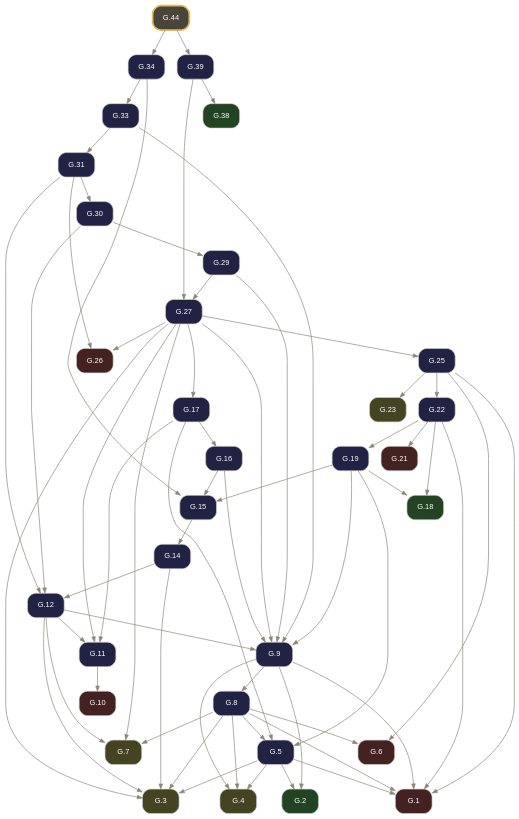
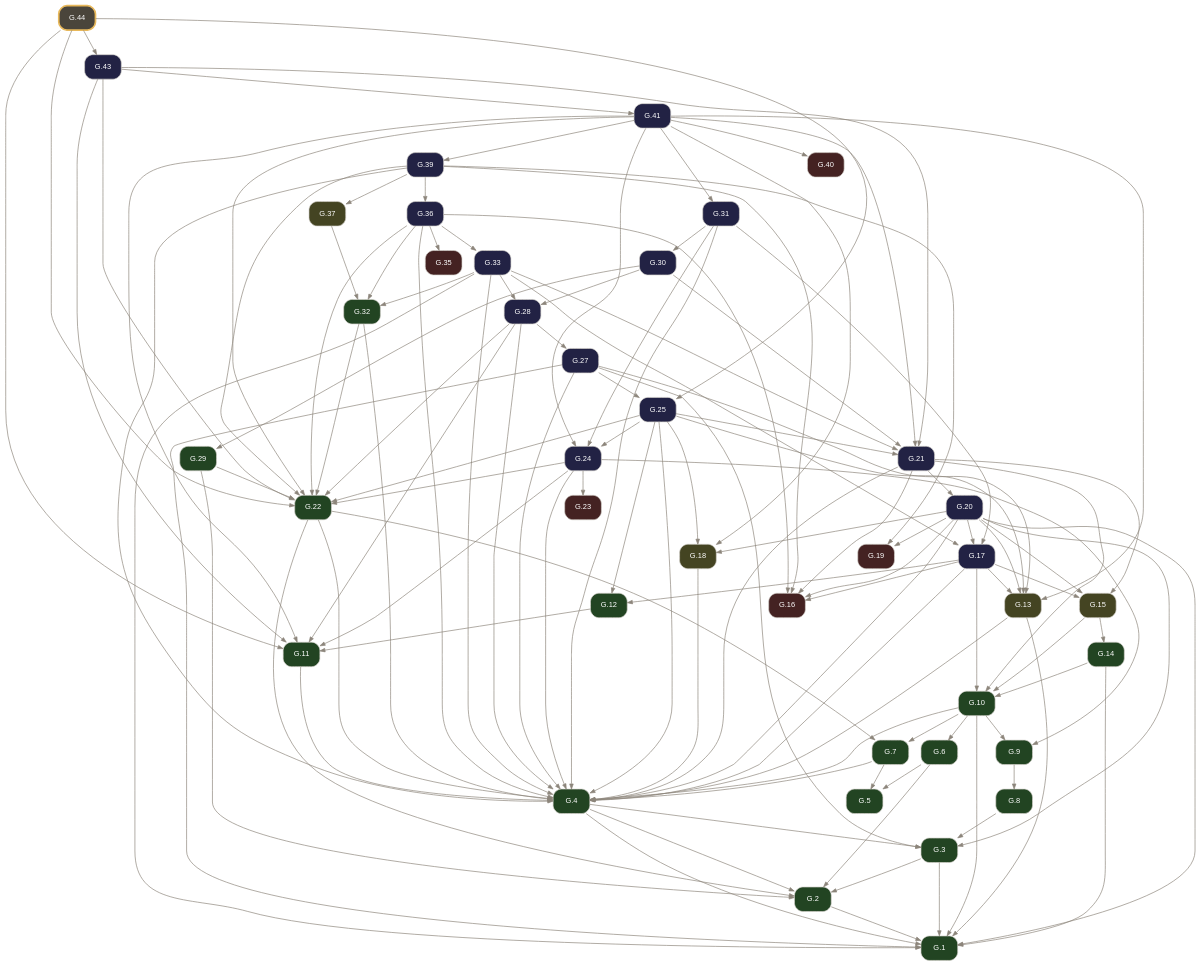
One commit to geometor/elements changed the diagram in docsrc/elements2/G.44/index.rst. Above: the diagram before and after it, drawn with Graphviz. The commit also changed other lines of this file and 2974 other files, not shown here.

Commit message:
feat(elements2): wire defined terms, short verb titles, coincidence operator, and 2-point circle notation (v0.4.0)

```diff
--- a/docsrc/elements2/G.44/index.rst
+++ b/docsrc/elements2/G.44/index.rst
@@ -71,97 +88,161 @@
      node [shape=box, style="rounded,filled", fontname="Helvetica", fontsize=11, color="#d6d3cd", fontcolor="#ffffff"];
      edge [color="#8c857b", fontcolor="#8c857b", arrowsize=0.75];
      rankdir="TB";
-     "G.1" [label="G.1", tooltip="G.1 (I.cn.1): Things equal to the same thing are equal to one another.", fillcolor="#442222", URL="../G.1/index.html", target="_top"];
-     "G.2" [label="G.2", tooltip="G.2 (I.def.15): A circle is a plane figure contained by one line such that all segments falling upon it from its center are equal.", fillcolor="#224422", URL="../G.2/index.html", target="_top"];
-     "G.3" [label="G.3", tooltip="G.3 (I.post.1): Construct a segment between any two points.", fillcolor="#444422", URL="../G.3/index.html", target="_top"];
-     "G.4" [label="G.4", tooltip="G.4 (I.post.3): Construct a circle with any center and radius.", fillcolor="#444422", URL="../G.4/index.html", target="_top"];
-     "G.5" [label="G.5", tooltip="G.5 (I.1): Construct an equilateral triangle on a given finite segment.", fillcolor="#222244", URL="../G.5/index.html", target="_top"];
-     "G.6" [label="G.6", tooltip="G.6 (I.cn.3): If equals are subtracted from equals, the remainders are equal.", fillcolor="#442222", URL="../G.6/index.html", target="_top"];
-     "G.7" [label="G.7", tooltip="G.7 (I.post.2): Extend a finite segment continuously in a straight line.", fillcolor="#444422", URL="../G.7/index.html", target="_top"];
-     "G.8" [label="G.8", tooltip="G.8 (I.2): Construct at a given point a segment equal to a given segment.", fillcolor="#222244", URL="../G.8/index.html", target="_top"];
-     "G.9" [label="G.9", tooltip="G.9 (I.3): Cut off from the greater of two unequal segments a segment equal to the less.", fillcolor="#222244", URL="../G.9/index.html", target="_top"];
-     "G.10" [label="G.10", tooltip="G.10 (I.cn.4): Things that coincide with one another are equal.", fillcolor="#442222", URL="../G.10/index.html", target="_top"];
-     "G.11" [label="G.11", tooltip="G.11 (I.4): Triangles with two sides and the included angle equal are congruent (SAS).", fillcolor="#222244", URL="../G.11/index.html", target="_top"];
-     "G.12" [label="G.12", tooltip="G.12 (I.5): In an isosceles triangle, the angles at the base are equal, and if the equal sides are extended, the angles under the base are equal.", fillcolor="#222244", URL="../G.12/index.html", target="_top"];
-     "G.14" [label="G.14", tooltip="G.14 (I.7): On the same segment and on the same side, there cannot be constructed two distinct triangles with both pairs of conterminous sides equal.", fillcolor="#222244", URL="../G.14/index.html", target="_top"];
-     "G.15" [label="G.15", tooltip="G.15 (I.8): Triangles with all three corresponding sides equal have their corresponding angles equal (SSS).", fillcolor="#222244", URL="../G.15/index.html", target="_top"];
-     "G.16" [label="G.16", tooltip="G.16 (I.9): Bisect a given angle.", fillcolor="#222244", URL="../G.16/index.html", target="_top"];
-     "G.17" [label="G.17", tooltip="G.17 (I.10): Bisect a given finite segment.", fillcolor="#222244", URL="../G.17/index.html", target="_top"];
-     "G.18" [label="G.18", tooltip="G.18 (I.def.10): When a straight line standing on a straight line makes the adjacent angles equal, each of the equal angles is a right angle, and the standing line is perpendicular to that on which...", fillcolor="#224422", URL="../G.18/index.html", target="_top"];
-     "G.19" [label="G.19", tooltip="G.19 (I.11): Construct a line at right angles to a given line from a given point on it.", fillcolor="#222244", URL="../G.19/index.html", target="_top"];
-     "G.21" [label="G.21", tooltip="G.21 (I.cn.2): If equals are added to equals, the wholes are equal.", fillcolor="#442222", URL="../G.21/index.html", target="_top"];
-     "G.22" [label="G.22", tooltip="G.22 (I.13): A ray standing on a line makes either two right angles or adjacent angles summing to two right angles.", fillcolor="#222244", URL="../G.22/index.html", target="_top"];
-     "G.23" [label="G.23", tooltip="G.23 (I.post.4): All right angles are equal.", fillcolor="#444422", URL="../G.23/index.html", target="_top"];
-     "G.25" [label="G.25", tooltip="G.25 (I.15): Intersecting lines make their vertical angles equal.", fillcolor="#222244", URL="../G.25/index.html", target="_top"];
-     "G.26" [label="G.26", tooltip="G.26 (I.cn.5): The whole is greater than the part.", fillcolor="#442222", URL="../G.26/index.html", target="_top"];
-     "G.27" [label="G.27", tooltip="G.27 (I.16): In any triangle, if one side is extended, the exterior angle is greater than either opposite interior angle.", fillcolor="#222244", URL="../G.27/index.html", target="_top"];
-     "G.29" [label="G.29", tooltip="G.29 (I.18): In any triangle, the greater side subtends the greater angle.", fillcolor="#222244", URL="../G.29/index.html", target="_top"];
-     "G.30" [label="G.30", tooltip="G.30 (I.19): In any triangle, the greater angle is subtended by the greater side.", fillcolor="#222244", URL="../G.30/index.html", target="_top"];
-     "G.31" [label="G.31", tooltip="G.31 (I.20): In any triangle, the sum of any two sides is greater than the remaining side.", fillcolor="#222244", URL="../G.31/index.html", target="_top"];
-     "G.33" [label="G.33", tooltip="G.33 (I.22): Construct a triangle from three segments equal to three given segments satisfying the triangle inequality.", fillcolor="#222244", URL="../G.33/index.html", target="_top"];
-     "G.34" [label="G.34", tooltip="G.34 (I.23): Construct on a given line at a given point an angle equal to a given angle.", fillcolor="#222244", URL="../G.34/index.html", target="_top"];
-     "G.38" [label="G.38", tooltip="G.38 (I.def.23): Parallel lines are straight lines in the same plane which, produced indefinitely in both directions, do not meet.", fillcolor="#224422", URL="../G.38/index.html", target="_top"];
-     "G.39" [label="G.39", tooltip="G.39 (I.27): If a transversal cutting two lines makes the alternate interior angles equal, the lines are parallel.", fillcolor="#222244", URL="../G.39/index.html", target="_top"];
-     "G.44" [label="G.44", tooltip="G.44 (I.31): Construct through a given point a line parallel to a given line.", penwidth=2.5, color="#e8b85a", fillcolor="#4a453b", URL="index.html", target="_top"];
-     "G.5" -> "G.1";
-     "G.8" -> "G.1";
-     "G.9" -> "G.1";
-     "G.22" -> "G.1";
-     "G.25" -> "G.1";
-     "G.5" -> "G.2";
-     "G.9" -> "G.2";
-     "G.5" -> "G.3";
+     "G.1" [label="G.1", tooltip="G.1 (I.def.1): A point A is that which has no part.", fillcolor="#224422", URL="../G.1/index.html", target="_top"];
+     "G.2" [label="G.2", tooltip="G.2 (I.def.2): A line [ A B ] is a projection of a relationship of two points A, B.", fillcolor="#224422", URL="../G.2/index.html", target="_top"];
+     "G.3" [label="G.3", tooltip="G.3 (I.def.3): The extremities of a segment / A B / are points A, B.", fillcolor="#224422", URL="../G.3/index.html", target="_top"];
+     "G.4" [label="G.4", tooltip="G.4 (I.def.4): A segment / A B / is a portion of a line [ A B ] between two points A, B on the line.", fillcolor="#224422", URL="../G.4/index.html", target="_top"];
+     "G.5" [label="G.5", tooltip="G.5 (I.def.5): A surface is that which has length and breadth only.", fillcolor="#224422", URL="../G.5/index.html", target="_top"];
+     "G.6" [label="G.6", tooltip="G.6 (I.def.6): The extremities of a surface are lines or arcs.", fillcolor="#224422", URL="../G.6/index.html", target="_top"];
+     "G.7" [label="G.7", tooltip="G.7 (I.def.7): A plane surface lies evenly with the lines on itself.", fillcolor="#224422", URL="../G.7/index.html", target="_top"];
+     "G.8" [label="G.8", tooltip="G.8 (I.def.13): A boundary is the extremity of anything.", fillcolor="#224422", URL="../G.8/index.html", target="_top"];
+     "G.9" [label="G.9", tooltip="G.9 (I.def.14): A figure is that which is contained by any boundary or boundaries.", fillcolor="#224422", URL="../G.9/index.html", target="_top"];
+     "G.10" [label="G.10", tooltip="G.10 (I.def.15): A circle ( A B ) is a plane figure contained by one arc defined by a center A and a point B establishing its defining radius / A B /, such that all segments / A B /, / A C /, / A D...", fillcolor="#224422", URL="../G.10/index.html", target="_top"];
+     "G.11" [label="G.11", tooltip="G.11 (I.def.19): Rectilineal figures are contained by segments: trilateral by three, quadrilateral by four, and multilateral by more than four.", fillcolor="#224422", URL="../G.11/index.html", target="_top"];
+     "G.12" [label="G.12", tooltip="G.12 (I.def.20): Of trilateral figures, an equilateral triangle < A B C > has three equal sides, an isosceles triangle < D E F > has two equal sides, and a scalene triangle < G H K > has three uneq...", fillcolor="#224422", URL="../G.12/index.html", target="_top"];
+     "G.13" [label="G.13", tooltip="G.13 (I.post.1): Construct a segment / A B / between any two points A, B.", fillcolor="#444422", URL="../G.13/index.html", target="_top"];
+     "G.14" [label="G.14", tooltip="G.14 (I.def.16): The point A within the circle ( A B ) from which all segments / A B /, / A C / to the arc are equal is called the center of the circle.", fillcolor="#224422", URL="../G.14/index.html", target="_top"];
+     "G.15" [label="G.15", tooltip="G.15 (I.post.3): Construct a circle ( A B ) with center A and defining radius point B.", fillcolor="#444422", URL="../G.15/index.html", target="_top"];
+     "G.16" [label="G.16", tooltip="G.16 (I.cn.1): Things equal to the same thing are equal to one another.", fillcolor="#442222", URL="../G.16/index.html", target="_top"];
+     "G.17" [label="G.17", tooltip="G.17 (I.1): Construct an equilateral triangle on a given segment.", fillcolor="#222244", URL="../G.17/index.html", target="_top"];
+     "G.18" [label="G.18", tooltip="G.18 (I.post.2): Extend a segment / A B / continuously along a line [ A B ] to / B C /.", fillcolor="#444422", URL="../G.18/index.html", target="_top"];
+     "G.19" [label="G.19", tooltip="G.19 (I.cn.3): If equals are subtracted from equals, the remainders are equal.", fillcolor="#442222", URL="../G.19/index.html", target="_top"];
+     "G.20" [label="G.20", tooltip="G.20 (I.2): Construct at a given point a segment equal to a given segment.", fillcolor="#222244", URL="../G.20/index.html", target="_top"];
+     "G.21" [label="G.21", tooltip="G.21 (I.3): Cut off from the greater of two unequal segments a segment equal to the less.", fillcolor="#222244", URL="../G.21/index.html", target="_top"];
+     "G.22" [label="G.22", tooltip="G.22 (I.def.8): A plane angle is the inclination to one another of two lines or arcs in a plane that meet and do not lie on the same line.", fillcolor="#224422", URL="../G.22/index.html", target="_top"];
+     "G.23" [label="G.23", tooltip="G.23 (I.cn.4): Things / A B /, / D E / that coincide with one another are equal to one another.", fillcolor="#442222", URL="../G.23/index.html", target="_top"];
+     "G.24" [label="G.24", tooltip="G.24 (I.4): Triangles with two sides and the included angle equal are congruent (SAS).", fillcolor="#222244", URL="../G.24/index.html", target="_top"];
+     "G.25" [label="G.25", tooltip="G.25 (I.5): In an isosceles triangle, the angles at the base are equal, and if the equal sides are extended, the angles under the base are equal.", fillcolor="#222244", URL="../G.25/index.html", target="_top"];
+     "G.27" [label="G.27", tooltip="G.27 (I.7): On the same segment and on the same side, there cannot be constructed two distinct triangles with both pairs of conterminous sides equal.", fillcolor="#222244", URL="../G.27/index.html", target="_top"];
+     "G.28" [label="G.28", tooltip="G.28 (I.8): Triangles with all three corresponding sides equal have their corresponding angles equal (SSS).", fillcolor="#222244", URL="../G.28/index.html", target="_top"];
+     "G.29" [label="G.29", tooltip="G.29 (I.def.9): A rectilineal angle is contained by two segments or lines.", fillcolor="#224422", URL="../G.29/index.html", target="_top"];
+     "G.30" [label="G.30", tooltip="G.30 (I.9): Bisect a given angle.", fillcolor="#222244", URL="../G.30/index.html", target="_top"];
+     "G.31" [label="G.31", tooltip="G.31 (I.10): Bisect a given segment.", fillcolor="#222244", URL="../G.31/index.html", target="_top"];
+     "G.32" [label="G.32", tooltip="G.32 (I.def.10): When a segment standing on a line makes the adjacent angles equal, each of the equal angles is a right angle, and the standing segment is perpendicular to the line.", fillcolor="#224422", URL="../G.32/index.html", target="_top"];
+     "G.33" [label="G.33", tooltip="G.33 (I.11): Construct a segment at right angles to a given line from a given point on it.", fillcolor="#222244", URL="../G.33/index.html", target="_top"];
+     "G.35" [label="G.35", tooltip="G.35 (I.cn.2): If equals are added to equals, the wholes are equal.", fillcolor="#442222", URL="../G.35/index.html", target="_top"];
+     "G.36" [label="G.36", tooltip="G.36 (I.13): A segment standing on a line makes either two right angles or adjacent angles summing to two right angles.", fillcolor="#222244", URL="../G.36/index.html", target="_top"];
+     "G.37" [label="G.37", tooltip="G.37 (I.post.4): All right angles are equal.", fillcolor="#444422", URL="../G.37/index.html", target="_top"];
+     "G.39" [label="G.39", tooltip="G.39 (I.15): Intersecting lines make their vertical angles equal.", fillcolor="#222244", URL="../G.39/index.html", target="_top"];
+     "G.40" [label="G.40", tooltip="G.40 (I.cn.5): The whole is greater than the part.", fillcolor="#442222", URL="../G.40/index.html", target="_top"];
+     "G.41" [label="G.41", tooltip="G.41 (I.16): In any triangle, if one side is extended, the exterior angle is greater than either opposite interior angle.", fillcolor="#222244", URL="../G.41/index.html", target="_top"];
+     "G.43" [label="G.43", tooltip="G.43 (I.18): In any triangle, the greater side subtends the greater angle.", fillcolor="#222244", URL="../G.43/index.html", target="_top"];
+     "G.44" [label="G.44", tooltip="G.44 (I.19): In any triangle, the greater angle is subtended by the greater side.", penwidth=2.5, color="#e8b85a", fillcolor="#4a453b", URL="index.html", target="_top"];
+     "G.2" -> "G.1";
+     "G.3" -> "G.1";
+     "G.4" -> "G.1";
+     "G.10" -> "G.1";
+     "G.13" -> "G.1";
+     "G.14" -> "G.1";
+     "G.20" -> "G.1";
+     "G.27" -> "G.1";
+     "G.33" -> "G.1";
+     "G.3" -> "G.2";
+     "G.4" -> "G.2";
+     "G.6" -> "G.2";
+     "G.22" -> "G.2";
+     "G.29" -> "G.2";
+     "G.4" -> "G.3";
      "G.8" -> "G.3";
-     "G.12" -> "G.3";
-     "G.14" -> "G.3";
+     "G.20" -> "G.3";
      "G.27" -> "G.3";
-     "G.5" -> "G.4";
-     "G.8" -> "G.4";
-     "G.9" -> "G.4";
-     "G.8" -> "G.5";
-     "G.17" -> "G.5";
-     "G.19" -> "G.5";
-     "G.8" -> "G.6";
-     "G.25" -> "G.6";
-     "G.8" -> "G.7";
-     "G.12" -> "G.7";
-     "G.27" -> "G.7";
+     "G.7" -> "G.4";
+     "G.10" -> "G.4";
+     "G.11" -> "G.4";
+     "G.13" -> "G.4";
+     "G.17" -> "G.4";
+     "G.18" -> "G.4";
+     "G.20" -> "G.4";
+     "G.21" -> "G.4";
+     "G.22" -> "G.4";
+     "G.24" -> "G.4";
+     "G.25" -> "G.4";
+     "G.27" -> "G.4";
+     "G.28" -> "G.4";
+     "G.31" -> "G.4";
+     "G.32" -> "G.4";
+     "G.33" -> "G.4";
+     "G.36" -> "G.4";
+     "G.39" -> "G.4";
+     "G.6" -> "G.5";
+     "G.7" -> "G.5";
+     "G.10" -> "G.6";
+     "G.10" -> "G.7";
+     "G.22" -> "G.7";
      "G.9" -> "G.8";
-     "G.12" -> "G.9";
-     "G.16" -> "G.9";
-     "G.19" -> "G.9";
-     "G.27" -> "G.9";
-     "G.29" -> "G.9";
-     "G.33" -> "G.9";
-     "G.11" -> "G.10";
+     "G.10" -> "G.9";
+     "G.24" -> "G.9";
+     "G.14" -> "G.10";
+     "G.15" -> "G.10";
+     "G.17" -> "G.10";
+     "G.21" -> "G.10";
      "G.12" -> "G.11";
-     "G.17" -> "G.11";
-     "G.27" -> "G.11";
-     "G.14" -> "G.12";
-     "G.30" -> "G.12";
-     "G.31" -> "G.12";
+     "G.24" -> "G.11";
+     "G.28" -> "G.11";
+     "G.41" -> "G.11";
+     "G.43" -> "G.11";
+     "G.44" -> "G.11";
+     "G.17" -> "G.12";
+     "G.25" -> "G.12";
+     "G.17" -> "G.13";
+     "G.20" -> "G.13";
+     "G.25" -> "G.13";
+     "G.27" -> "G.13";
+     "G.41" -> "G.13";
      "G.15" -> "G.14";
-     "G.16" -> "G.15";
-     "G.19" -> "G.15";
-     "G.34" -> "G.15";
+     "G.17" -> "G.15";
+     "G.20" -> "G.15";
+     "G.21" -> "G.15";
      "G.17" -> "G.16";
-     "G.27" -> "G.17";
-     "G.19" -> "G.18";
-     "G.22" -> "G.18";
-     "G.22" -> "G.19";
-     "G.22" -> "G.21";
+     "G.20" -> "G.16";
+     "G.21" -> "G.16";
+     "G.36" -> "G.16";
+     "G.39" -> "G.16";
+     "G.20" -> "G.17";
+     "G.31" -> "G.17";
+     "G.33" -> "G.17";
+     "G.20" -> "G.18";
+     "G.25" -> "G.18";
+     "G.41" -> "G.18";
+     "G.20" -> "G.19";
+     "G.39" -> "G.19";
+     "G.21" -> "G.20";
+     "G.25" -> "G.21";
+     "G.30" -> "G.21";
+     "G.33" -> "G.21";
+     "G.41" -> "G.21";
+     "G.43" -> "G.21";
+     "G.24" -> "G.22";
      "G.25" -> "G.22";
-     "G.25" -> "G.23";
+     "G.28" -> "G.22";
+     "G.29" -> "G.22";
+     "G.32" -> "G.22";
+     "G.36" -> "G.22";
+     "G.39" -> "G.22";
+     "G.41" -> "G.22";
+     "G.43" -> "G.22";
+     "G.44" -> "G.22";
+     "G.24" -> "G.23";
+     "G.25" -> "G.24";
+     "G.31" -> "G.24";
+     "G.41" -> "G.24";
      "G.27" -> "G.25";
-     "G.27" -> "G.26";
-     "G.31" -> "G.26";
-     "G.29" -> "G.27";
-     "G.39" -> "G.27";
+     "G.44" -> "G.25";
+     "G.28" -> "G.27";
+     "G.30" -> "G.28";
+     "G.33" -> "G.28";
      "G.30" -> "G.29";
      "G.31" -> "G.30";
-     "G.33" -> "G.31";
-     "G.34" -> "G.33";
-     "G.44" -> "G.34";
-     "G.39" -> "G.38";
-     "G.44" -> "G.39";
+     "G.41" -> "G.31";
+     "G.33" -> "G.32";
+     "G.36" -> "G.32";
+     "G.37" -> "G.32";
+     "G.36" -> "G.33";
+     "G.36" -> "G.35";
+     "G.39" -> "G.36";
+     "G.39" -> "G.37";
+     "G.41" -> "G.39";
+     "G.41" -> "G.40";
+     "G.43" -> "G.41";
+     "G.44" -> "G.43";
    }
```
